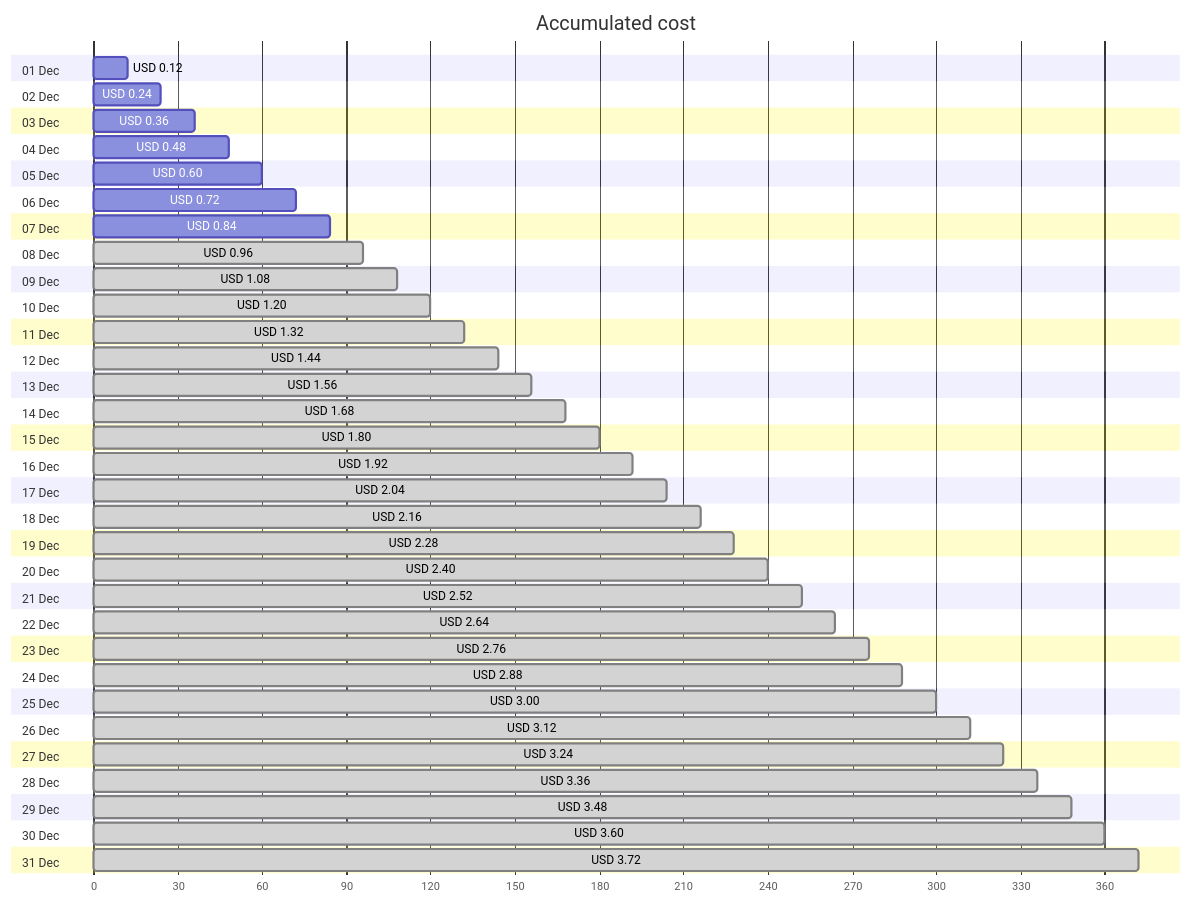
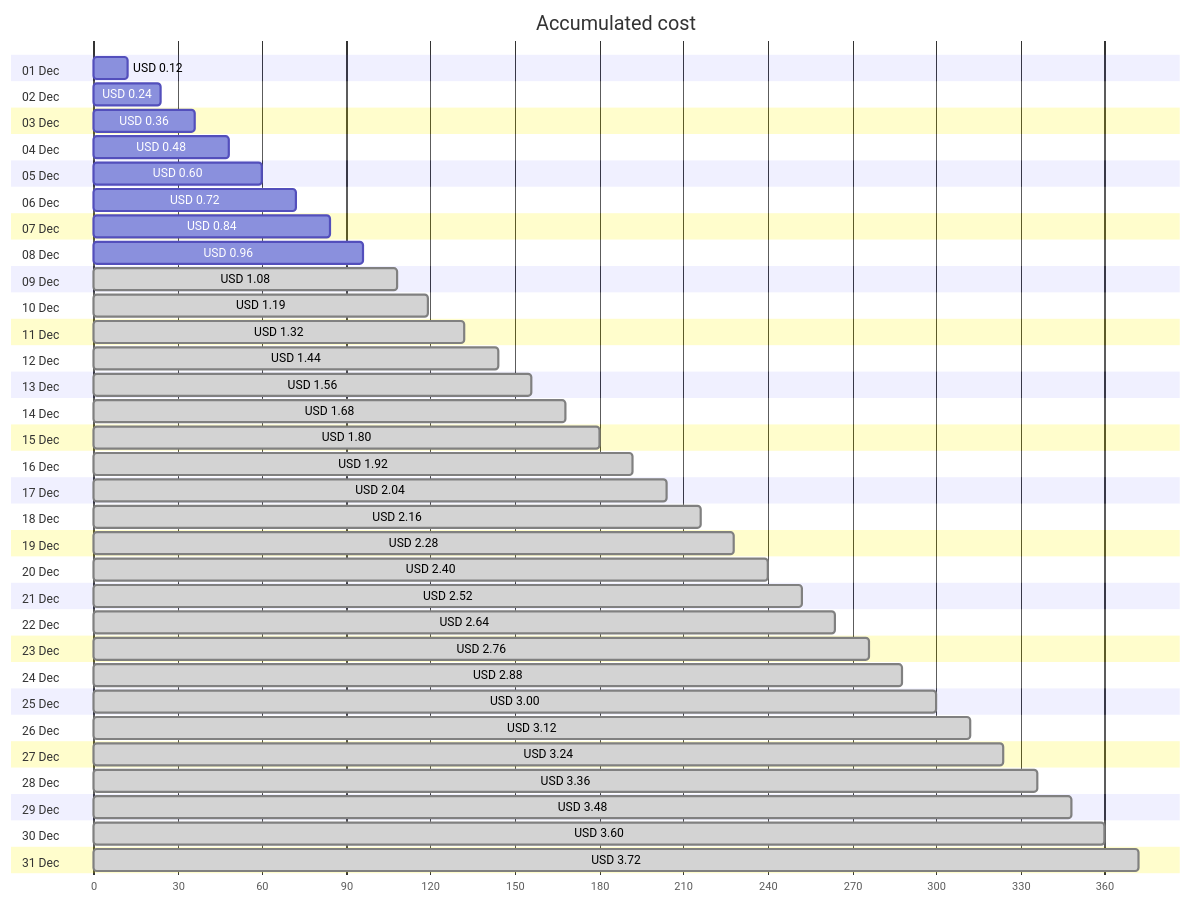
The first of 4 diagrams in cost-reports/personal-network/backup-server-public-ip.md (jpfulton/azure-personal-reports), drawn with Mermaid before and after one commit. The commit also changed other lines of this file and 8 other files, not shown here.

````diff
--- a/cost-reports/personal-network/backup-server-public-ip.md
+++ b/cost-reports/personal-network/backup-server-public-ip.md
@@ -20,68 +20,68 @@
 ```mermaid
 gantt
    title Accumulated cost
    dateFormat  X
    axisFormat %s
    section 01 Dec
    USD 0.12 :0, 12
    section 02 Dec
    USD 0.24 :0, 24
    section 03 Dec
    USD 0.36 :0, 36
    section 04 Dec
    USD 0.48 :0, 48
    section 05 Dec
    USD 0.60 :0, 60
    section 06 Dec
    USD 0.72 :0, 72
    section 07 Dec
    USD 0.84 :0, 84
    section 08 Dec
-   USD 0.96 : done, 0, 96
+   USD 0.96 :0, 96
    section 09 Dec
    USD 1.08 : done, 0, 108
    section 10 Dec
-   USD 1.20 : done, 0, 120
+   USD 1.19 : done, 0, 119
    section 11 Dec
    USD 1.32 : done, 0, 132
    section 12 Dec
    USD 1.44 : done, 0, 144
    section 13 Dec
    USD 1.56 : done, 0, 156
    section 14 Dec
    USD 1.68 : done, 0, 168
    section 15 Dec
    USD 1.80 : done, 0, 180
    section 16 Dec
    USD 1.92 : done, 0, 192
    section 17 Dec
    USD 2.04 : done, 0, 204
    section 18 Dec
    USD 2.16 : done, 0, 216
    section 19 Dec
    USD 2.28 : done, 0, 228
    section 20 Dec
    USD 2.40 : done, 0, 240
    section 21 Dec
    USD 2.52 : done, 0, 252
    section 22 Dec
    USD 2.64 : done, 0, 264
    section 23 Dec
    USD 2.76 : done, 0, 276
    section 24 Dec
    USD 2.88 : done, 0, 288
    section 25 Dec
    USD 3.00 : done, 0, 300
    section 26 Dec
    USD 3.12 : done, 0, 312
    section 27 Dec
    USD 3.24 : done, 0, 324
    section 28 Dec
    USD 3.36 : done, 0, 336
    section 29 Dec
    USD 3.48 : done, 0, 348
    section 30 Dec
    USD 3.60 : done, 0, 360
    section 31 Dec
    USD 3.72 : done, 0, 372
 ```
````
